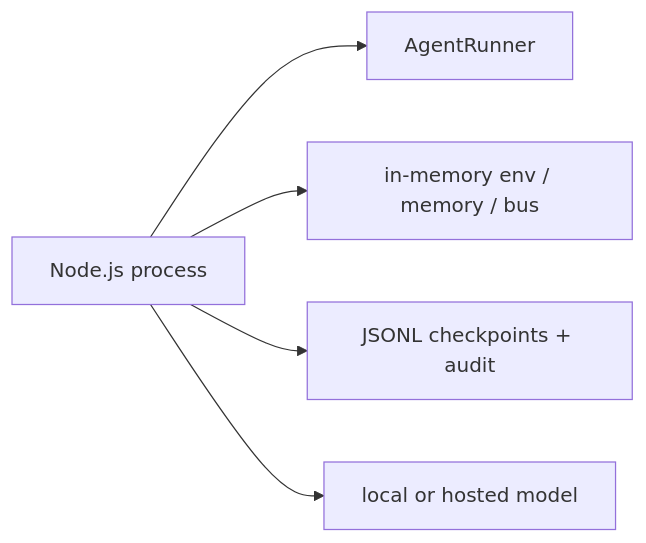
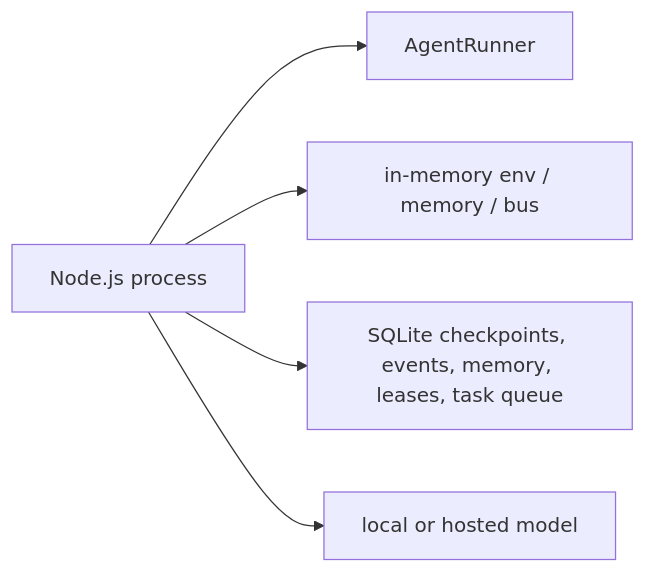
Diagram 12 of 13 in docs/architecture.md (balureddy003/Naro), drawn with Mermaid before and after one commit. The commit also changed other lines of this file and 42 other files, not shown here.

````diff
--- a/docs/architecture.md
+++ b/docs/architecture.md
@@ -642,8 +675,8 @@
 ```mermaid
 flowchart LR
     app["Node.js process"]
     app --> runner["AgentRunner"]
     app --> local["in-memory env / memory / bus"]
-    app --> files["JSONL checkpoints + audit"]
+    app --> sqlite["SQLite checkpoints, events, memory, leases, task queue"]
     app --> model["local or hosted model"]
 ```
````
